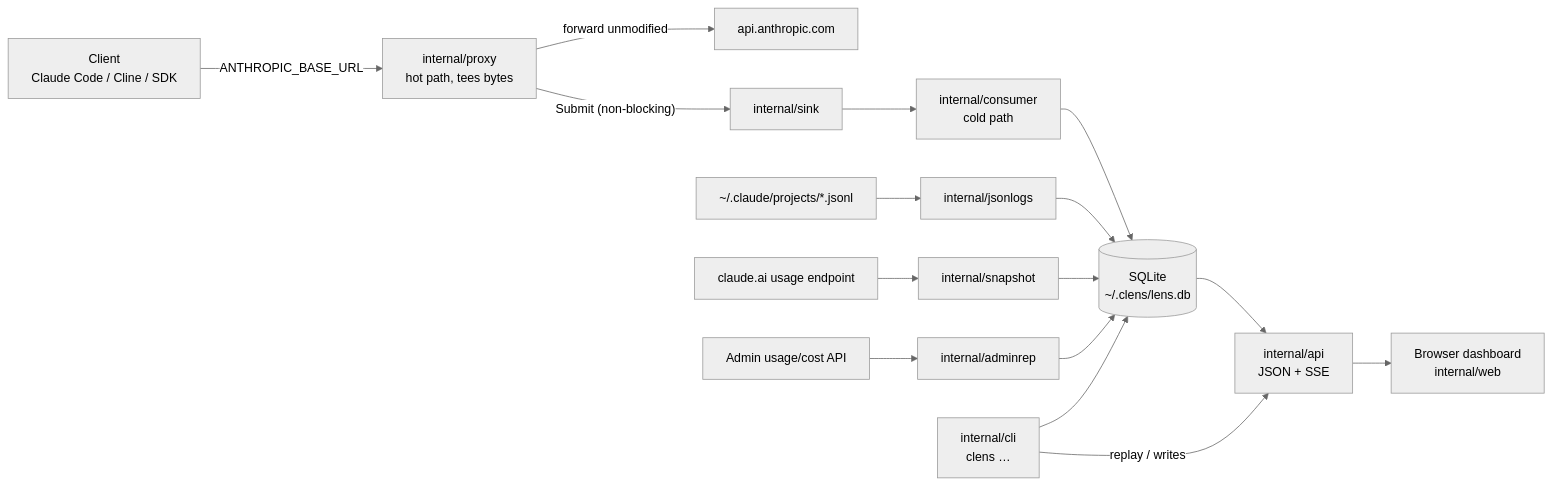
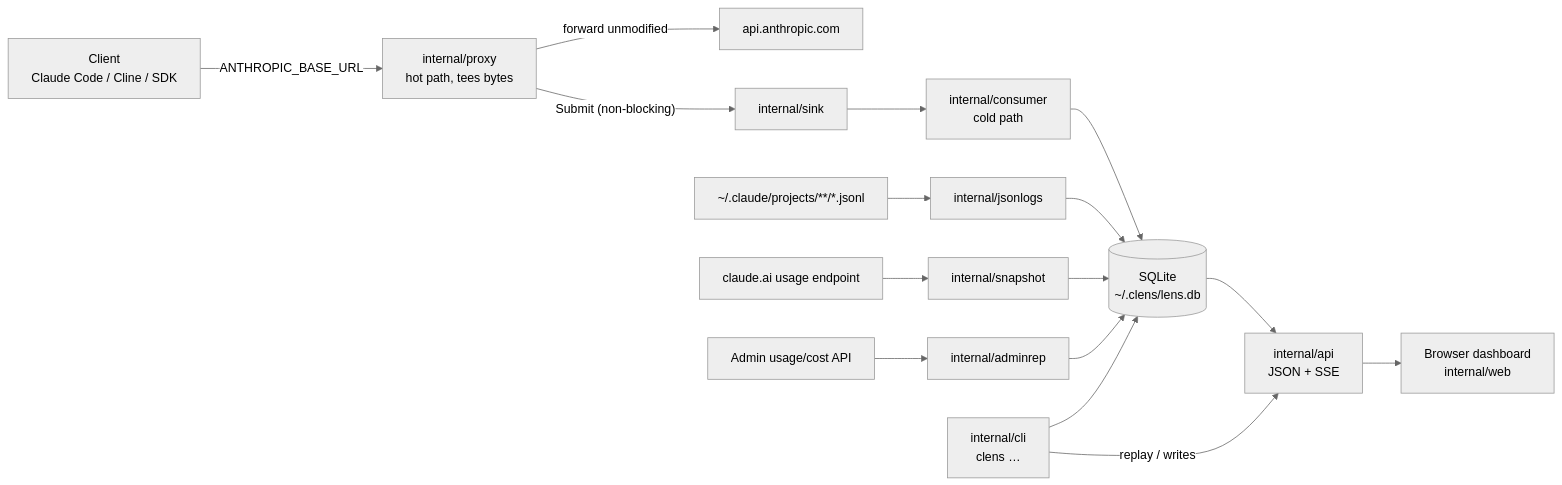
Before and after one commit to abhisheksarkar30/claude-lens: the diagram in docs/planning/GI-1-claude-lens-v1.md, drawn with Mermaid (neutral theme). The commit also changed other lines of this file, not shown here.

First line of the commit message:
GI#1 docs: apply round-1 cross-review findings to claude-lens plan (GI#1)

````diff
--- a/docs/planning/GI-1-claude-lens-v1.md
+++ b/docs/planning/GI-1-claude-lens-v1.md
@@ -191,18 +207,18 @@
 ```mermaid
 flowchart LR
   Client["Client<br/>Claude Code / Cline / SDK"] -->|"ANTHROPIC_BASE_URL"| Proxy["internal/proxy<br/>hot path, tees bytes"]
   Proxy -->|"forward unmodified"| Up["api.anthropic.com"]
   Proxy -->|"Submit (non-blocking)"| Sink["internal/sink"]
   Sink --> Consumer["internal/consumer<br/>cold path"]
   Consumer --> Store[("SQLite<br/>~/.clens/lens.db")]
-  JL["~/.claude/projects/*.jsonl"] --> Tailer["internal/jsonlogs"]
+  JL["~/.claude/projects/**/*.jsonl"] --> Tailer["internal/jsonlogs"]
   CA["claude.ai usage endpoint"] --> Snap["internal/snapshot"]
   AA["Admin usage/cost API"] --> Adm["internal/adminrep"]
   Tailer --> Store
   Snap --> Store
   Adm --> Store
   Store --> API["internal/api<br/>JSON + SSE"]
   API --> Web["Browser dashboard<br/>internal/web"]
   CLI["internal/cli<br/>clens …"] --> Store
   CLI -->|"replay / writes"| API
 ```
````
